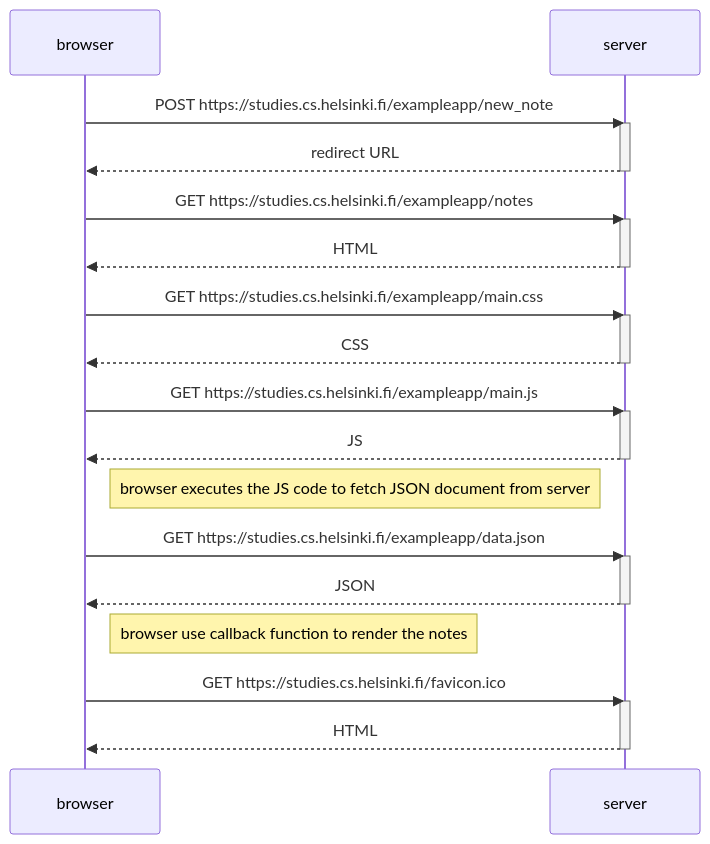
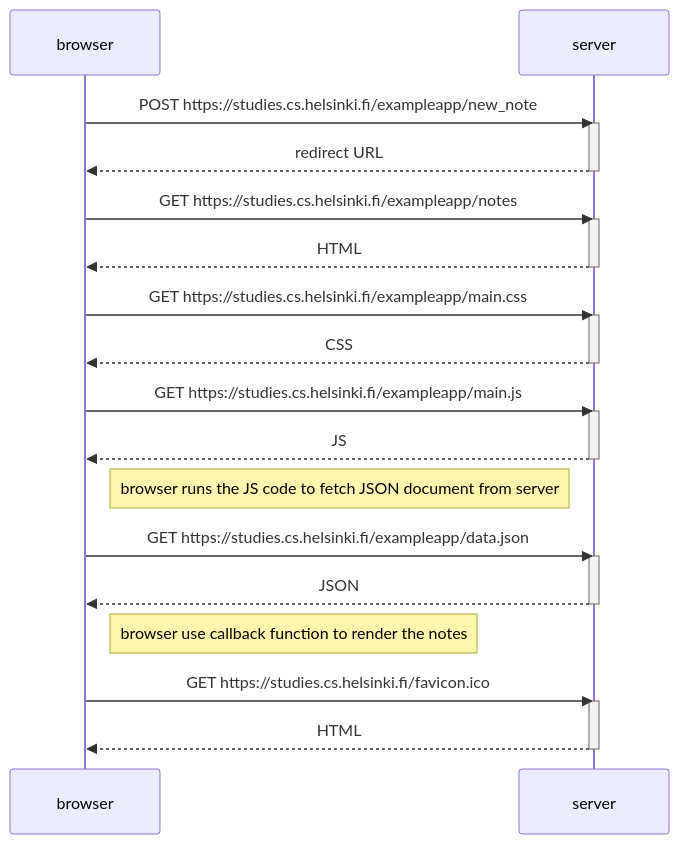
One commit to ajunaidkaybee/fullstackopen changed the diagram in part 0/0.4.md. Above: the diagram before and after it, drawn with Mermaid.

````diff
--- a/part 0/0.4.md
+++ b/part 0/0.4.md
@@ -1,39 +1,39 @@
 ```mermaid
 sequenceDiagram
 participant browser
 participant server
 
     browser->>server: POST https://studies.cs.helsinki.fi/exampleapp/new_note
     activate server
     server-->>browser: redirect URL
     deactivate server
 
     browser->>server: GET https://studies.cs.helsinki.fi/exampleapp/notes
     activate server
     server-->>browser: HTML
     deactivate server
 
     browser->>server: GET https://studies.cs.helsinki.fi/exampleapp/main.css
     activate server
     server-->>browser: CSS
     deactivate server
 
     browser->>server: GET https://studies.cs.helsinki.fi/exampleapp/main.js
     activate server
     server-->>browser: JS
     deactivate server
 
-    Note right of browser: browser executes the JS code to fetch JSON document from server
+    Note right of browser: browser runs the JS code to fetch JSON document from server
 
     browser->>server: GET https://studies.cs.helsinki.fi/exampleapp/data.json
     activate server
     server-->>browser: JSON
     deactivate server
 
     Note right of browser: browser use callback function to render the notes
 
     browser->>server: GET https://studies.cs.helsinki.fi/favicon.ico
     activate server
     server-->>browser: HTML
     deactivate server
 ```
````
